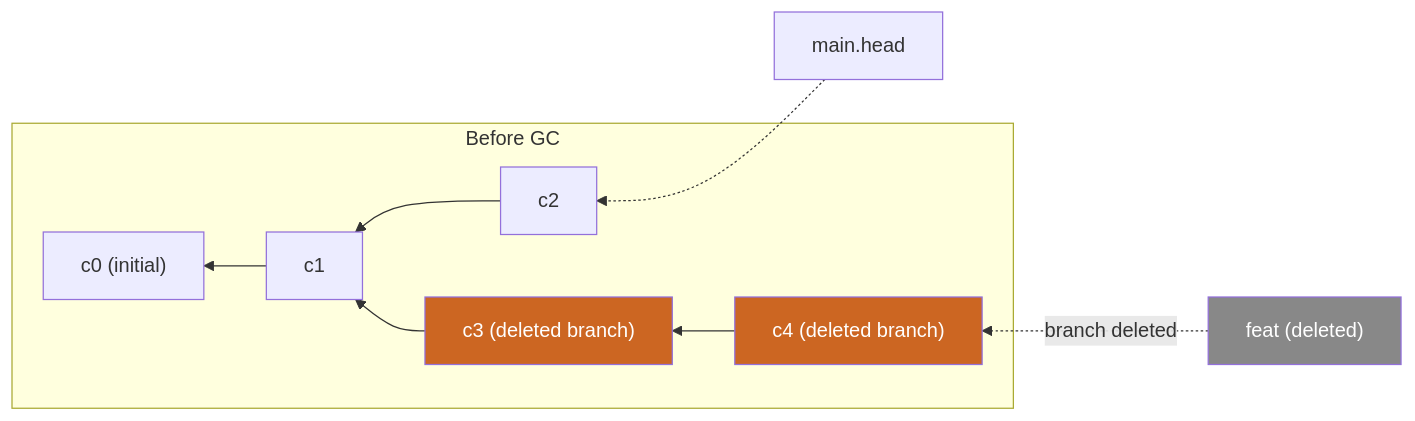
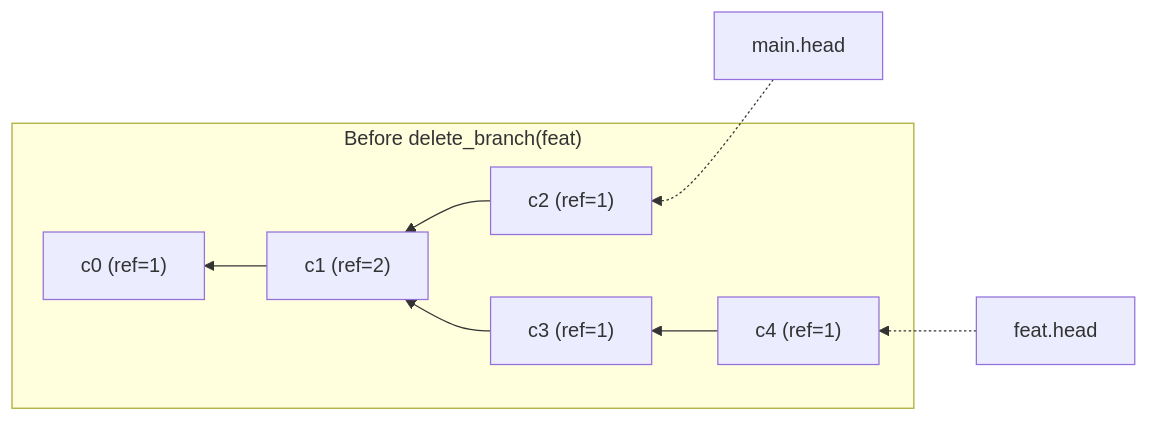
Diagram 16 of 19 in strata/docs/versioned.md (rust-util-collections/vsdb), drawn with Mermaid before and after one commit. The commit also changed other lines of this file and 11 other files, not shown here.

````diff
--- a/strata/docs/versioned.md
+++ b/strata/docs/versioned.md
@@ -481,16 +494,12 @@
 ```mermaid
 graph RL
-    subgraph "Before GC"
-        c1["c1"] --> c0["c0 (initial)"]
-        c2["c2"] --> c1
-        c3["c3 (deleted branch)"] --> c1
-        c4["c4 (deleted branch)"] --> c3
+    subgraph "Before delete_branch(feat)"
+        c1["c1 (ref=2)"] --> c0["c0 (ref=1)"]
+        c2["c2 (ref=1)"] --> c1
+        c3["c3 (ref=1)"] --> c1
+        c4["c4 (ref=1)"] --> c3
     end
 
     MAIN["main.head"] -.-> c2
-    FEAT["feat (deleted)"] -.->|"branch deleted"| c4
-
-    style c3 fill:#c62,color:#fff
-    style c4 fill:#c62,color:#fff
-    style FEAT fill:#888,color:#fff
+    FEAT["feat.head"] -.-> c4
 ```
````
